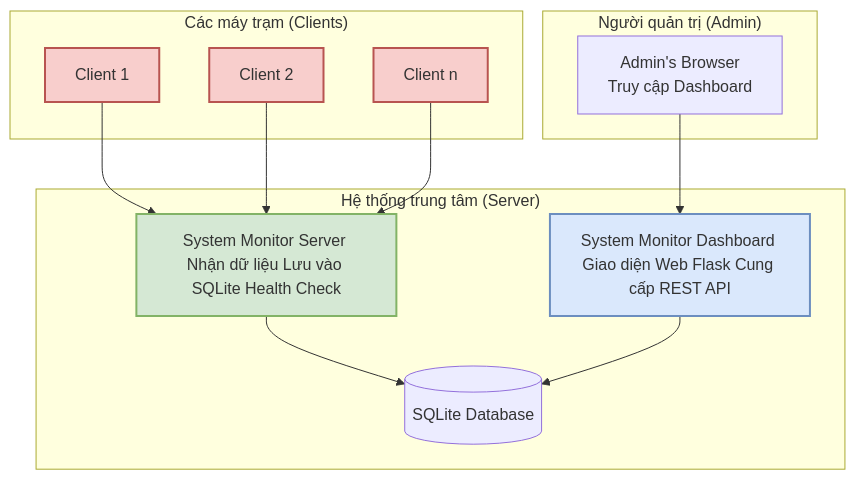
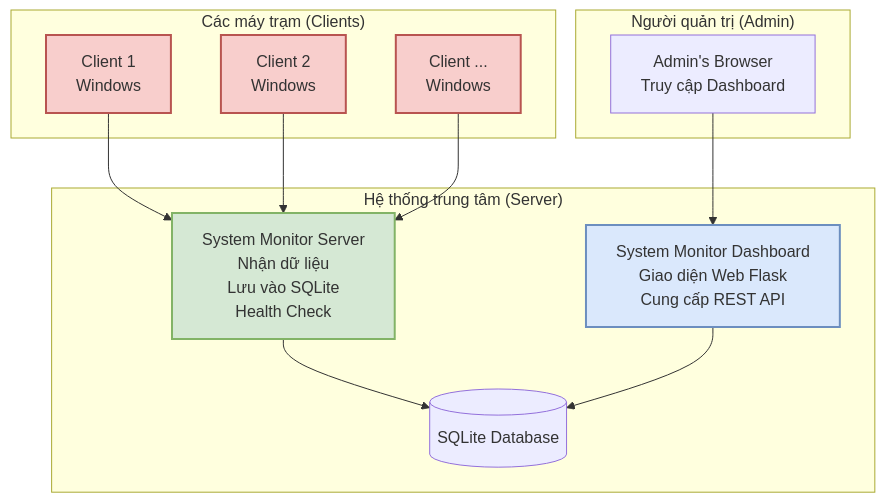
The diagram in README.md (caophuocdanh/System-Monitor), drawn with Mermaid before and after one commit.

````diff
--- a/README.md
+++ b/README.md
@@ -63,32 +63,32 @@
 ```mermaid
 graph TD
     subgraph "Các máy trạm (Clients)"
-        C1[Client 1]
-        C2[Client 2]
-        C3[Client n]
+        C1[Client 1 <br> Windows]
+        C2[Client 2 <br> Windows]
+        C3[Client ... <br> Windows]
     end
 
     subgraph "Hệ thống trung tâm (Server)"
-        S[System Monitor Server Nhận dữ liệu Lưu vào SQLite Health Check]
+        S[System Monitor Server <br>Nhận dữ liệu <br>Lưu vào SQLite <br>Health Check]
         DB[(SQLite Database)]
-        DASH[System Monitor Dashboard Giao diện Web Flask Cung cấp REST API]
+        DASH[System Monitor Dashboard <br>Giao diện Web Flask <br>Cung cấp REST API]
     end
 
     subgraph "Người quản trị (Admin)"
         ADMIN[Admin's Browser <br> Truy cập Dashboard]
     end
 
     C1 --> S
     C2 --> S
     C3 --> S
 
     S --> DB
     DASH --> DB
     ADMIN --> DASH
 
     style S fill:#D5E8D4,stroke:#82B366,stroke-width:2px
     style DASH fill:#DAE8FC,stroke:#6C8EBF,stroke-width:2px
     style C1 fill:#F8CECC,stroke:#B85450,stroke-width:2px
     style C2 fill:#F8CECC,stroke:#B85450,stroke-width:2px
     style C3 fill:#F8CECC,stroke:#B85450,stroke-width:2px
 ```
````
